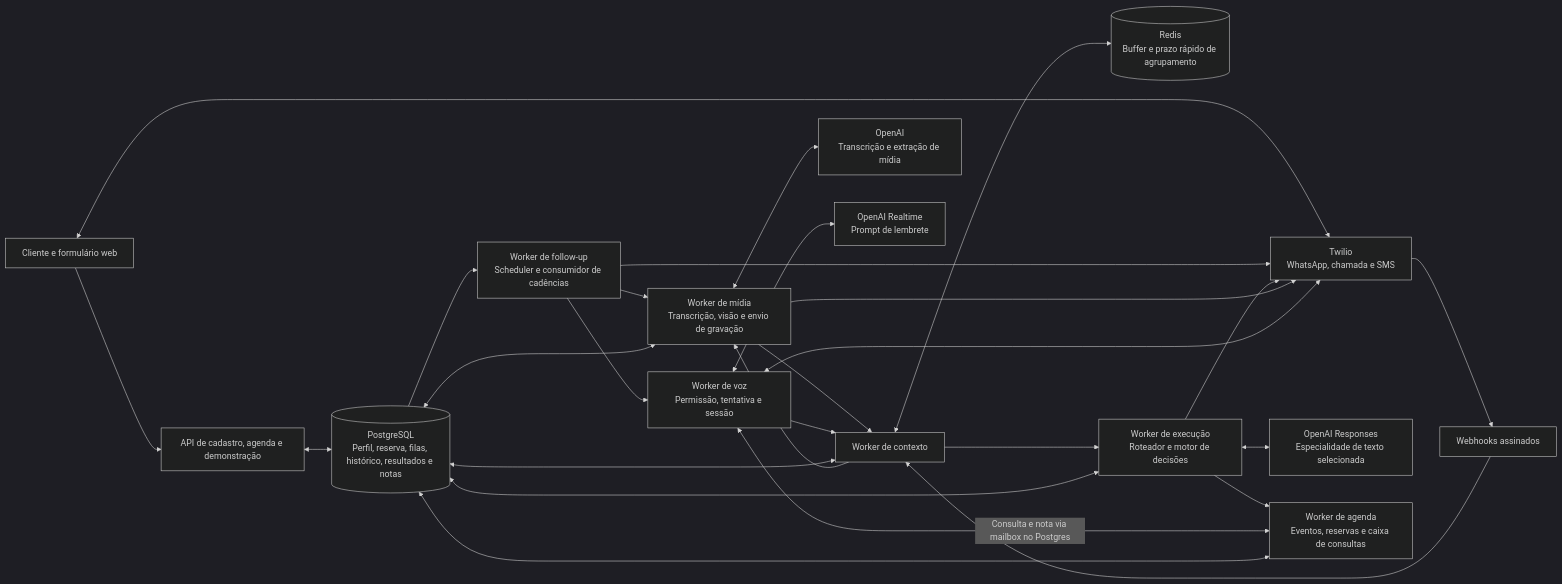
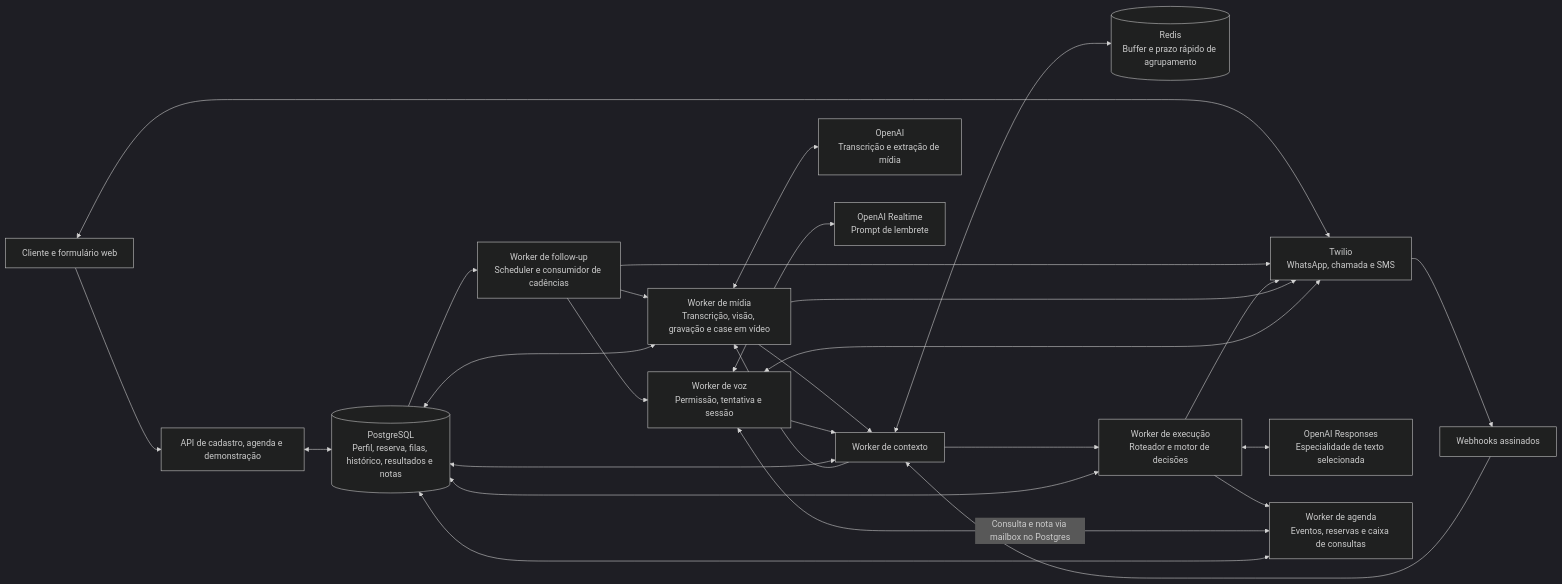
Before and after one commit to tom-lisboa/ArkomSDR: diagram 12 of 13 in docs/fluxo-cliente-mermaid.md, drawn with Mermaid (dark theme). The commit also changed other lines of this file and 29 other files, not shown here.

````diff
--- a/docs/fluxo-cliente-mermaid.md
+++ b/docs/fluxo-cliente-mermaid.md
@@ -522,29 +537,29 @@
 ```mermaid
 flowchart LR
     CLIENT["Cliente e formulário web"] --> API["API de cadastro, agenda e demonstração"]
     CLIENT <--> TW["Twilio<br/>WhatsApp, chamada e SMS"]
     TW --> WEB["Webhooks assinados"]
     API <--> PG[("PostgreSQL<br/>Perfil, reserva, filas, histórico, resultados e notas")]
     WEB --> CTX["Worker de contexto"]
     CTX <--> PG
     CTX <--> REDIS[("Redis<br/>Buffer e prazo rápido de agrupamento")]
-    CTX --> MEDIA["Worker de mídia<br/>Transcrição, visão e envio de gravação"]
+    CTX --> MEDIA["Worker de mídia<br/>Transcrição, visão, gravação e case em vídeo"]
     MEDIA --> CTX
     MEDIA <--> PG
     CTX --> EXEC["Worker de execução<br/>Roteador e motor de decisões"]
     EXEC <--> PG
     EXEC <--> TEXTAI["OpenAI Responses<br/>Especialidade de texto selecionada"]
     MEDIA <--> MEDIAAI["OpenAI<br/>Transcrição e extração de mídia"]
     EXEC --> SCHED["Worker de agenda<br/>Eventos, reservas e caixa de consultas"]
     SCHED <--> PG
     PG --> FOLLOW["Worker de follow-up<br/>Scheduler e consumidor de cadências"]
     FOLLOW --> MEDIA
     FOLLOW --> VOICE["Worker de voz<br/>Permissão, tentativa e sessão"]
     FOLLOW --> TW
     EXEC --> TW
     MEDIA --> TW
     VOICE <--> TW
     VOICE <--> REALTIME["OpenAI Realtime<br/>Prompt de lembrete"]
     VOICE <-->|Consulta e nota via mailbox no Postgres| SCHED
     VOICE --> CTX
 ```
````
